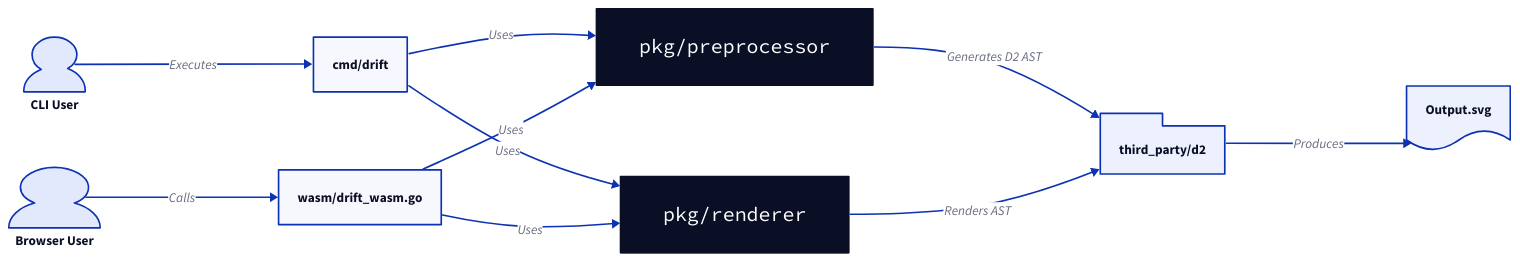
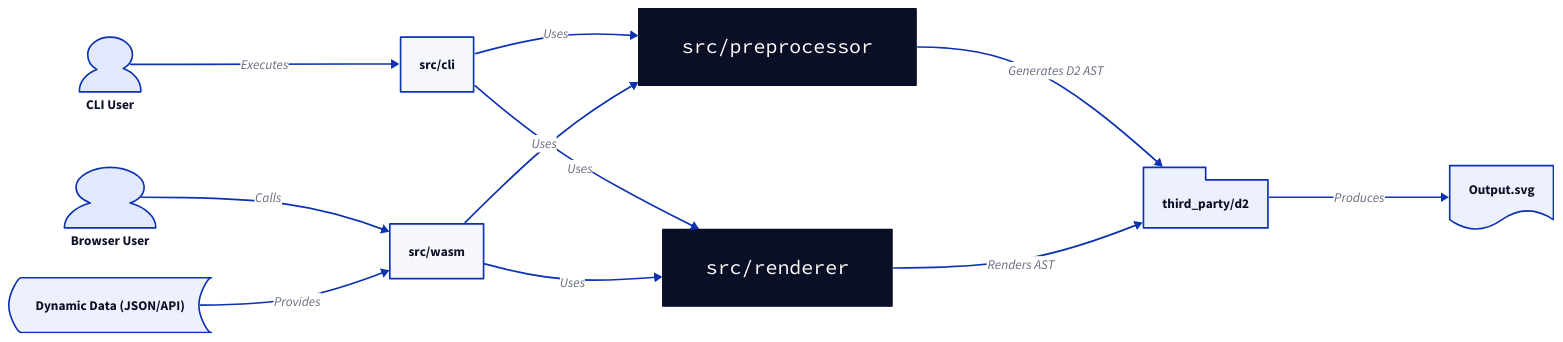
Before and after one commit to yumin-chen/drift: the diagram in docs/architecture.d2, drawn with D2. The commit also changed 10 other files, not shown here.

First line of the commit message:
feat: Bootstrap Drift project with final architecture

```diff
--- a/docs/architecture.d2
+++ b/docs/architecture.d2
@@ -1,57 +1,63 @@
 # Drift Architecture
 
 direction: right
 
-CLI: {
+CLI_User: {
   shape: person
   label: "CLI User"
 }
 
-Browser: {
+Browser_User: {
   shape: person
   label: "Browser User"
 }
 
+Dynamic_Data: {
+  shape: stored_data
+  label: "Dynamic Data (JSON/API)"
+}
+
 drift_cli: {
-  label: "cmd/drift"
+  label: "src/cli"
   shape: rectangle
 }
 
 drift_wasm: {
-  label: "wasm/drift_wasm.go"
+  label: "src/wasm"
   shape: rectangle
 }
 
 Preprocessor: {
-  label: "pkg/preprocessor"
+  label: "src/preprocessor"
   shape: class
 }
 
 Renderer: {
-  label: "pkg/renderer"
+  label: "src/renderer"
   shape: class
 }
 
 D2Core: {
   label: "third_party/d2"
   shape: package
 }
 
 SVG: {
   shape: document
   label: "Output.svg"
 }
 
-CLI -> drift_cli: "Executes"
-Browser -> drift_wasm: "Calls"
+CLI_User -> drift_cli: "Executes"
+Browser_User -> drift_wasm: "Calls"
+Dynamic_Data -> drift_wasm: "Provides"
 
 drift_cli -> Preprocessor: "Uses"
 drift_cli -> Renderer: "Uses"
 
 drift_wasm -> Preprocessor: "Uses"
 drift_wasm -> Renderer: "Uses"
 
 Preprocessor -> D2Core: "Generates D2 AST"
 Renderer -> D2Core: "Renders AST"
 
 D2Core -> SVG: "Produces"
```
